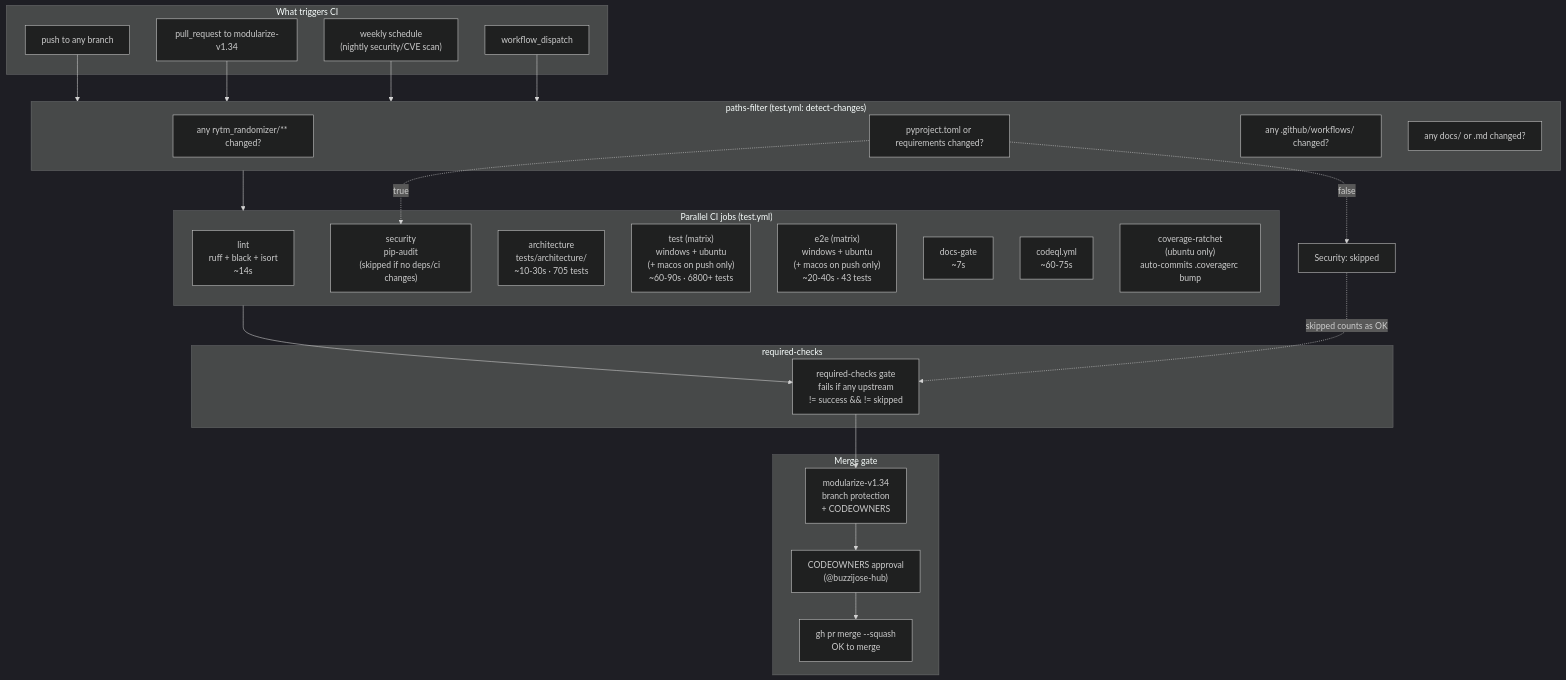
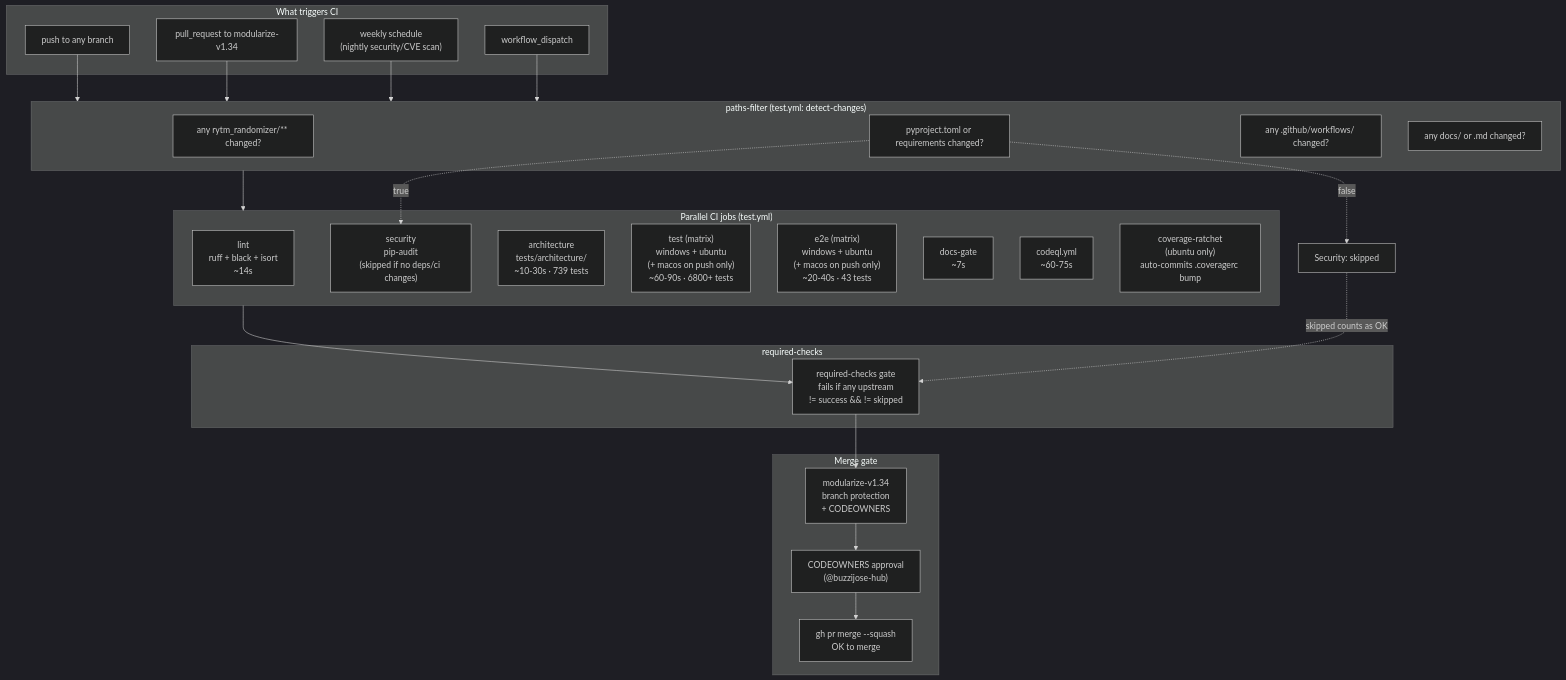
Before and after one commit to buzzijose-hub/RytmRandomizer: diagram 11 of 34 in docs/ARCHITECTURE_DIAGRAMS.md, drawn with Mermaid (dark theme). The commit also changed other lines of this file and 79 other files, not shown here.

````diff
--- a/docs/ARCHITECTURE_DIAGRAMS.md
+++ b/docs/ARCHITECTURE_DIAGRAMS.md
@@ -858,53 +875,53 @@
 ```mermaid
 flowchart TB
     subgraph Trigger["What triggers CI"]
         Push["push to any branch"]
         PR["pull_request to modularize-v1.34"]
         Schedule["weekly schedule<br/>(nightly security/CVE scan)"]
         Manual["workflow_dispatch"]
     end
 
     subgraph PathFilter["paths-filter (test.yml: detect-changes)"]
         DetectCode["any rytm_randomizer/** changed?"]
         DetectDeps["pyproject.toml or requirements changed?"]
         DetectCI["any .github/workflows/ changed?"]
         DetectDocs["any docs/ or .md changed?"]
     end
 
     subgraph Jobs["Parallel CI jobs (test.yml)"]
         Lint["lint<br/>ruff + black + isort<br/>~14s"]
         Security["security<br/>pip-audit<br/>(skipped if no deps/ci changes)"]
-        Architecture["architecture<br/>tests/architecture/<br/>~10-30s · 705 tests"]
+        Architecture["architecture<br/>tests/architecture/<br/>~10-30s · 739 tests"]
         TestMatrix["test (matrix)<br/>windows + ubuntu<br/>(+ macos on push only)<br/>~60-90s · 6800+ tests"]
         E2EMatrix["e2e (matrix)<br/>windows + ubuntu<br/>(+ macos on push only)<br/>~20-40s · 43 tests"]
         DocsGate["docs-gate<br/>~7s"]
         CodeQL["codeql.yml<br/>~60-75s"]
         CoverageRatchet["coverage-ratchet<br/>(ubuntu only)<br/>auto-commits .coveragerc bump"]
     end
 
     subgraph Aggregator["required-checks"]
         Gate["required-checks gate<br/>fails if any upstream<br/>!= success && != skipped"]
     end
 
     subgraph MergeGate["Merge gate"]
         BranchProtection["modularize-v1.34<br/>branch protection<br/>+ CODEOWNERS"]
         Approval["CODEOWNERS approval<br/>(@buzzijose-hub)"]
         Merge["gh pr merge --squash<br/>OK to merge"]
     end
 
     Push --> PathFilter
     PR --> PathFilter
     Schedule --> PathFilter
     Manual --> PathFilter
 
     PathFilter --> Jobs
 
     Jobs --> Gate
     Gate --> BranchProtection
     BranchProtection --> Approval
     Approval --> Merge
 
     DetectDeps -.->|"true"| Security
     DetectDeps -.->|"false"| Skip1["Security: skipped"]
     Skip1 -.->|"skipped counts as OK"| Gate
 ```
````
